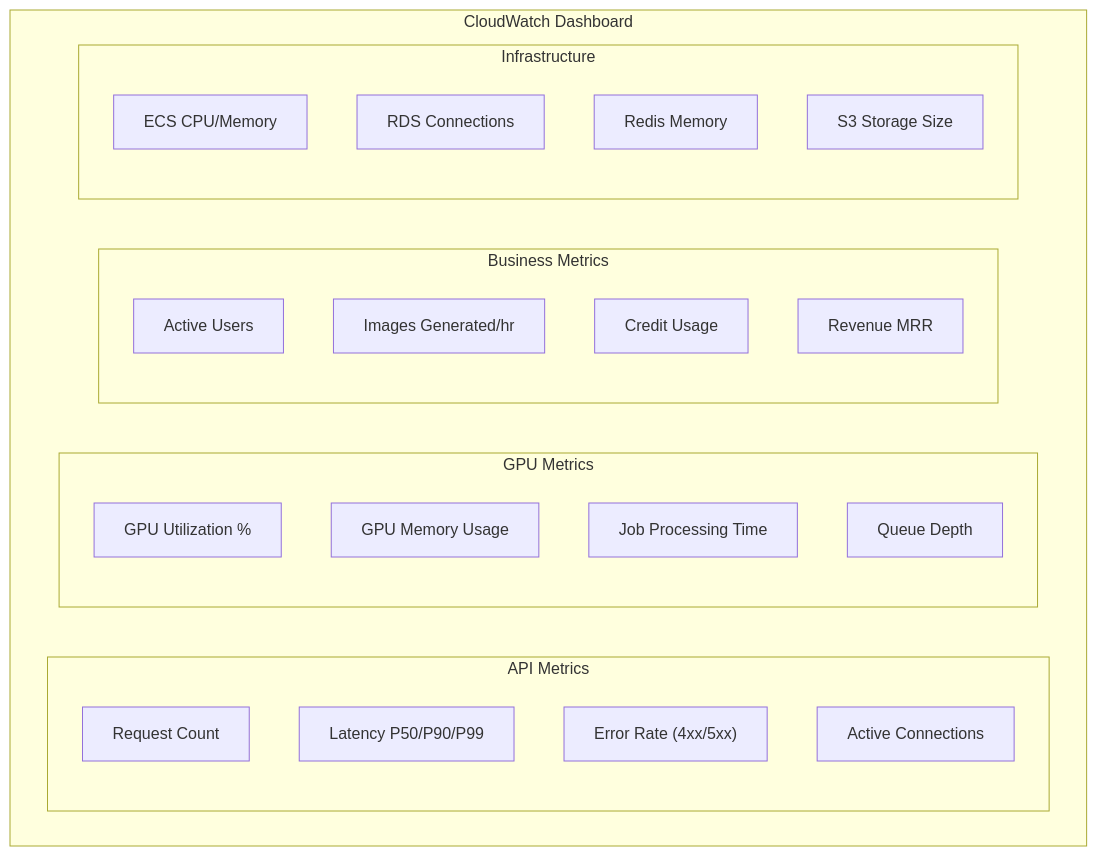
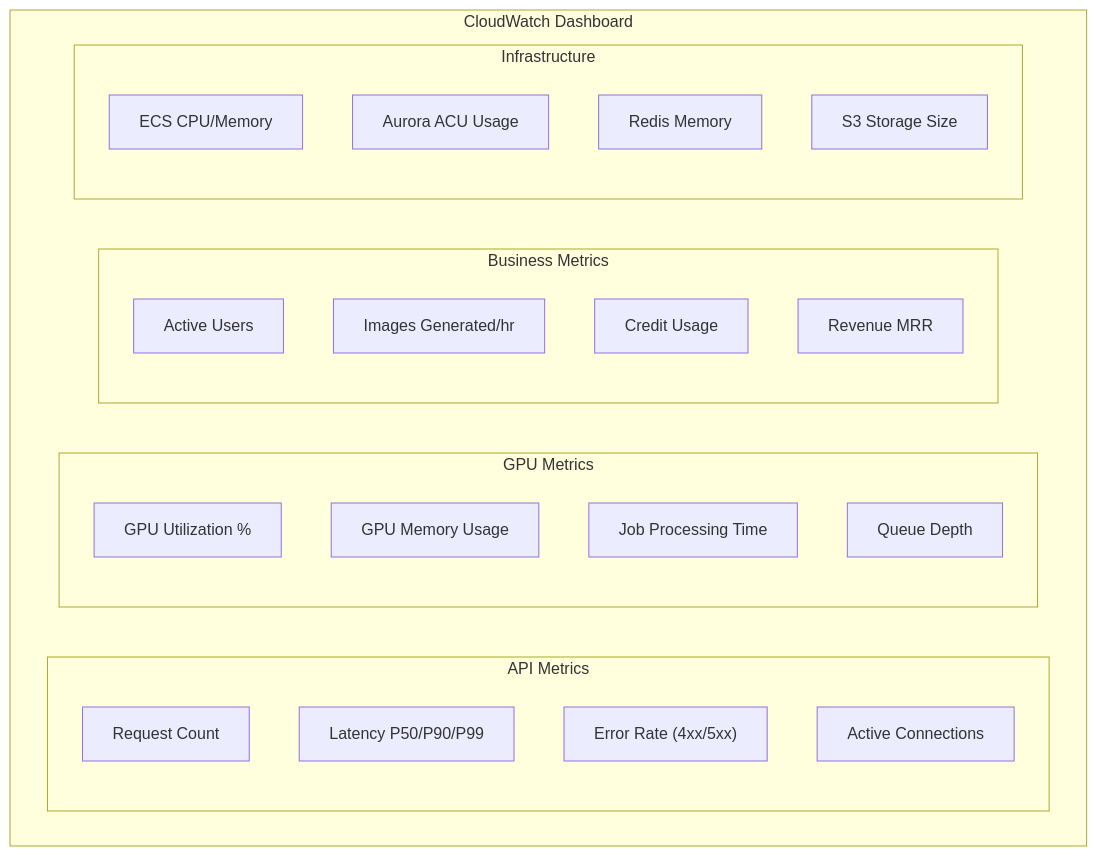
One commit to Pinksea-AI/InvokeAI changed the fourth of 8 diagrams in docs/saas-analysis/06_AWS_DEPLOYMENT_GUIDE.md. Above: the diagram before and after it, drawn with Mermaid. The commit also changed other lines of this file, not shown here.

First line of the commit message:
docs: Doc 06 전면 재작성 - Aurora PostgreSQL + 멀티테넌트 + DevOps

````diff
--- a/docs/saas-analysis/06_AWS_DEPLOYMENT_GUIDE.md
+++ b/docs/saas-analysis/06_AWS_DEPLOYMENT_GUIDE.md
@@ -690,32 +774,32 @@
 ```mermaid
 graph TB
     subgraph "CloudWatch Dashboard"
         subgraph "API Metrics"
             M1["Request Count"]
             M2["Latency P50/P90/P99"]
             M3["Error Rate (4xx/5xx)"]
             M4["Active Connections"]
         end
 
         subgraph "GPU Metrics"
             M5["GPU Utilization %"]
             M6["GPU Memory Usage"]
             M7["Job Processing Time"]
             M8["Queue Depth"]
         end
 
         subgraph "Business Metrics"
             M9["Active Users"]
             M10["Images Generated/hr"]
             M11["Credit Usage"]
             M12["Revenue MRR"]
         end
 
         subgraph "Infrastructure"
             M13["ECS CPU/Memory"]
-            M14["RDS Connections"]
+            M14["Aurora ACU Usage"]
             M15["Redis Memory"]
             M16["S3 Storage Size"]
         end
     end
 ```
````
